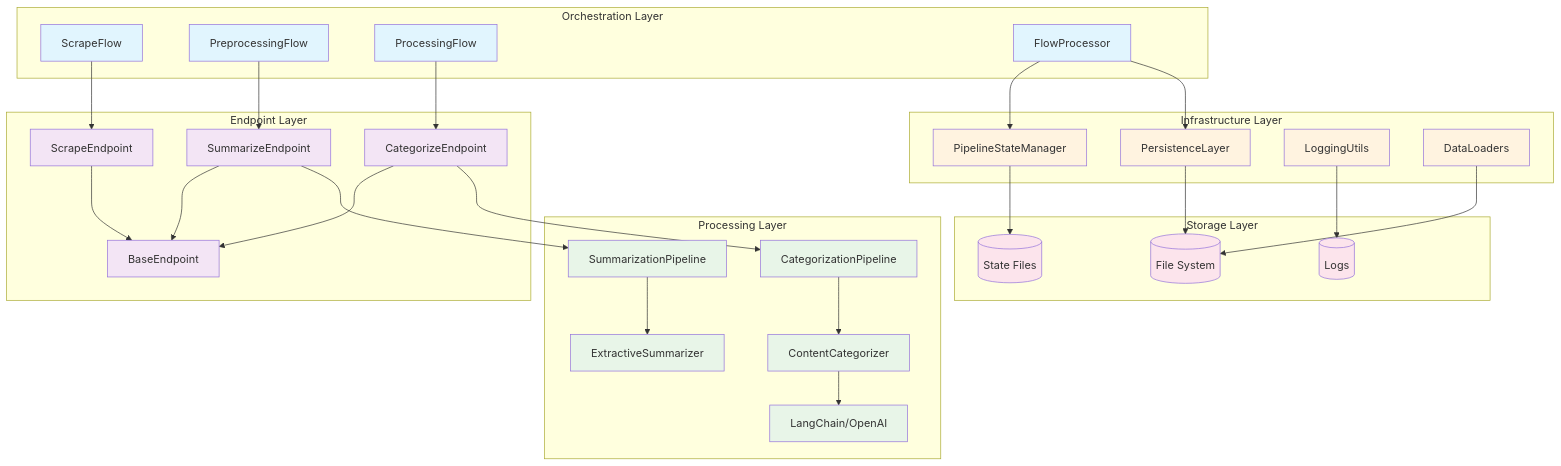
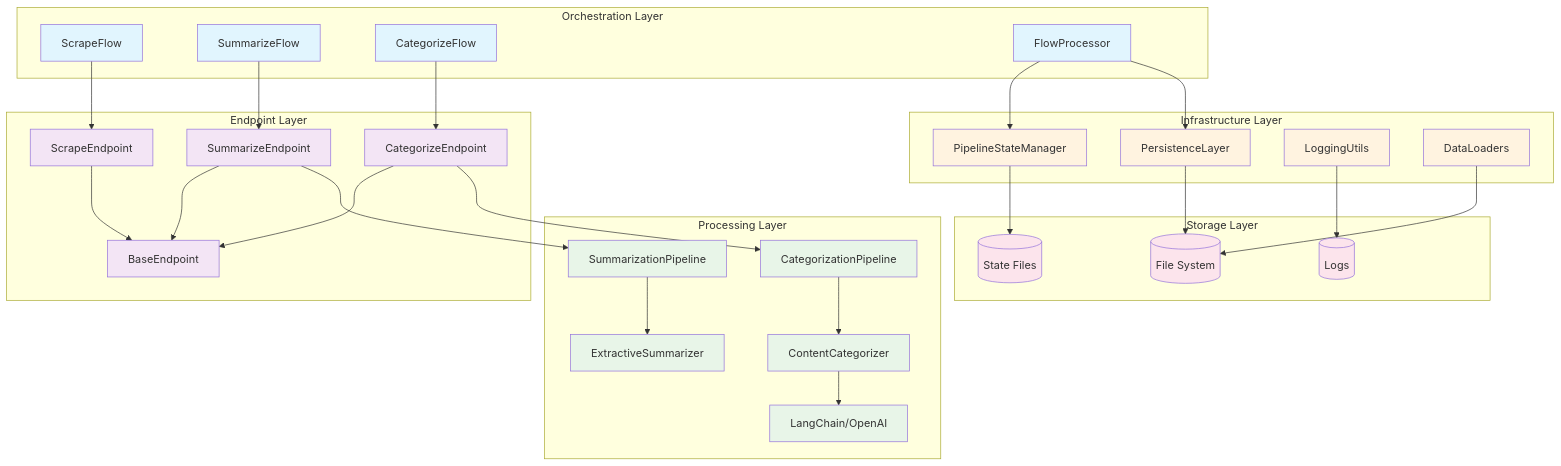
The first of 7 diagrams in documentation/architecture.md (dmitriyratu/DiscourseKG), drawn with Mermaid before and after one commit. The commit also changed other lines of this file and 28 other files, not shown here.

````diff
--- a/documentation/architecture.md
+++ b/documentation/architecture.md
@@ -54,70 +64,70 @@
 ```mermaid
 graph TB
     subgraph "Orchestration Layer"
         SF[ScrapeFlow]
-        PF[PreprocessingFlow] 
-        CF[ProcessingFlow]
+        SUMF[SummarizeFlow] 
+        CF[CategorizeFlow]
         FP[FlowProcessor]
     end
     
     subgraph "Endpoint Layer"
         SE[ScrapeEndpoint]
         SME[SummarizeEndpoint]
         CE[CategorizeEndpoint]
         BE[BaseEndpoint]
     end
     
     subgraph "Processing Layer"
         ES[ExtractiveSummarizer]
         CC[ContentCategorizer]
         SP[SummarizationPipeline]
         CP[CategorizationPipeline]
         LLM[LangChain/OpenAI]
     end
     
     subgraph "Infrastructure Layer"
-        PS[PipelineStateManager]
+        PSM[PipelineStateManager]
         PD[PersistenceLayer]
         LU[LoggingUtils]
         DL[DataLoaders]
     end
     
     subgraph "Storage Layer"
         FS[("File System")]
         LS[("Logs")]
         SS[("State Files")]
     end
     
     SF --> SE
-    PF --> SME
+    SUMF --> SME
     CF --> CE
-    FP --> PS
+    FP --> PSM
     FP --> PD
     
     SE --> BE
     SME --> BE
     CE --> BE
     
     SME --> SP
     SP --> ES
     CE --> CP
     CP --> CC
     CC --> LLM
     
-    PS --> SS
+    PSM --> SS
     PD --> FS
     LU --> LS
     DL --> FS
     
     classDef orchestration fill:#e1f5fe
     classDef endpoint fill:#f3e5f5
     classDef processing fill:#e8f5e8
     classDef infrastructure fill:#fff3e0
     classDef storage fill:#fce4ec
     
-    class SF,PF,CF,FP orchestration
+    class SF,SUMF,CF,FP orchestration
     class SE,SME,CE,BE endpoint
     class ES,CC,SP,CP,LLM processing
-    class PS,PD,LU,DL infrastructure
+    class PSM,PD,LU,DL infrastructure
     class FS,LS,SS storage
 ```
````
